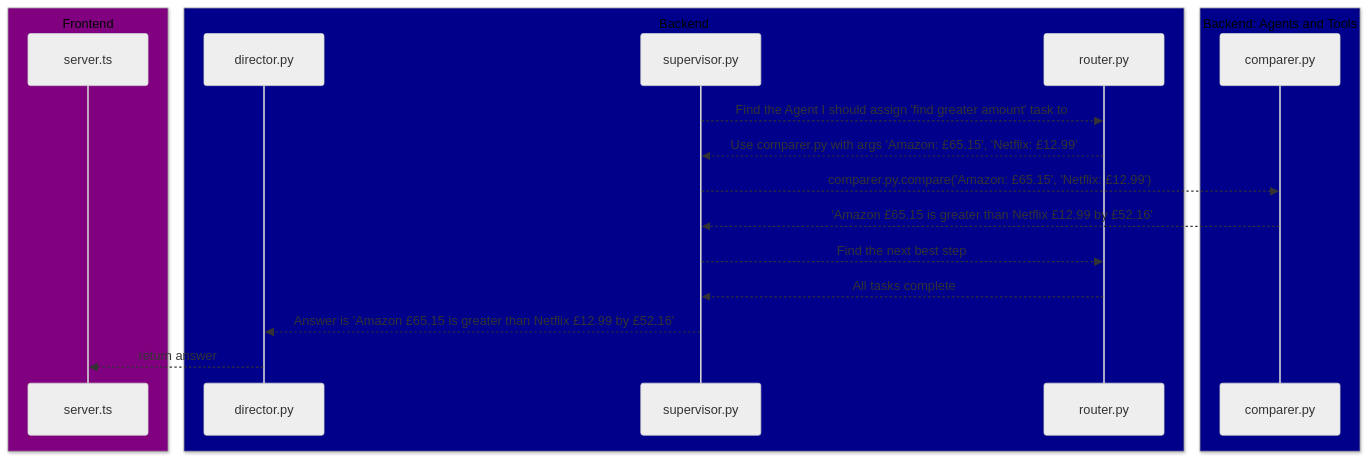
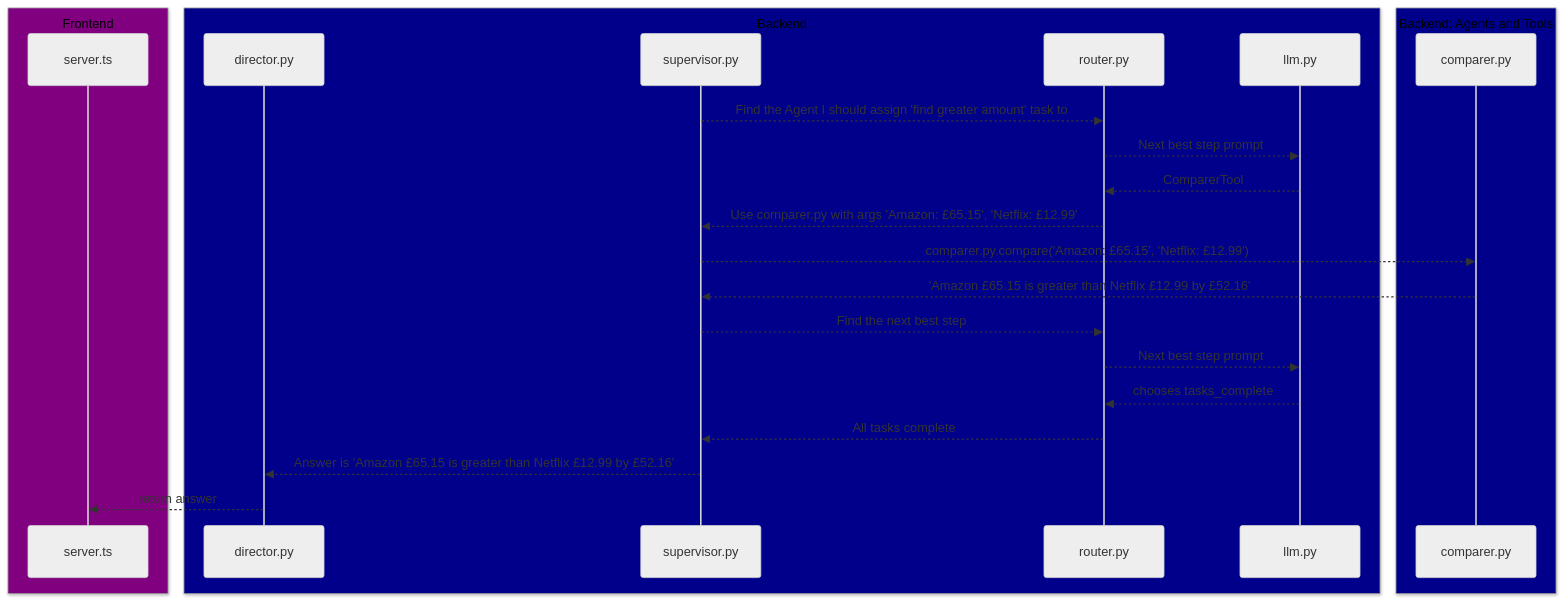
The fifth of 5 diagrams in assets/sum-my-subscriptions/happy_flows_sum_my_subs_python_modules.md (WaitThatShouldntWork/InferGPT), drawn with Mermaid (neutral theme) before and after one commit. The commit also changed other lines of this file and 1 other file, not shown here.

Commit message:
Include llm.py in python modules diagram

````diff
--- a/assets/sum-my-subscriptions/happy_flows_sum_my_subs_python_modules.md
+++ b/assets/sum-my-subscriptions/happy_flows_sum_my_subs_python_modules.md
@@ -68,22 +83,27 @@
 ```mermaid
 sequenceDiagram
     box Purple Frontend
     participant server.ts
     end
     box DarkBlue Backend
     participant director.py
     participant supervisor.py
     participant router.py
+    participant llm.py
     end
     box DarkBlue Backend: Agents and Tools
     participant comparer.py
     end
     supervisor.py -->> router.py: Find the Agent I should assign 'find greater amount' task to
+    router.py -->> llm.py: Next best step prompt
+    llm.py -->> router.py: ComparerTool
     router.py -->> supervisor.py: Use comparer.py with args 'Amazon: £65.15', 'Netflix: £12.99'
     supervisor.py -->> comparer.py: comparer.py.compare('Amazon: £65.15', 'Netflix: £12.99')
     comparer.py -->> supervisor.py: 'Amazon £65.15 is greater than Netflix £12.99 by £52.16'
     supervisor.py -->> router.py: Find the next best step
+    router.py -->> llm.py: Next best step prompt
+    llm.py -->> router.py: chooses tasks_complete
     router.py -->> supervisor.py: All tasks complete
     supervisor.py -->> director.py: Answer is 'Amazon £65.15 is greater than Netflix £12.99 by £52.16'
     director.py -->> server.ts: return answer
 ```
````
